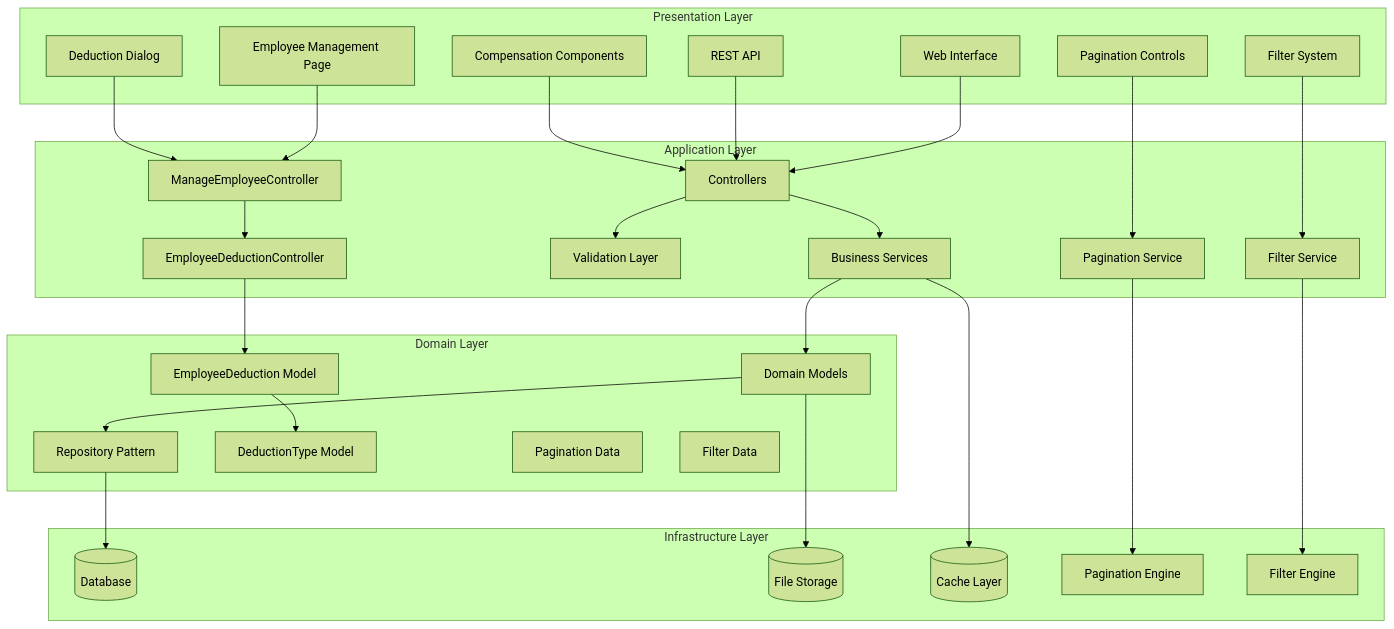
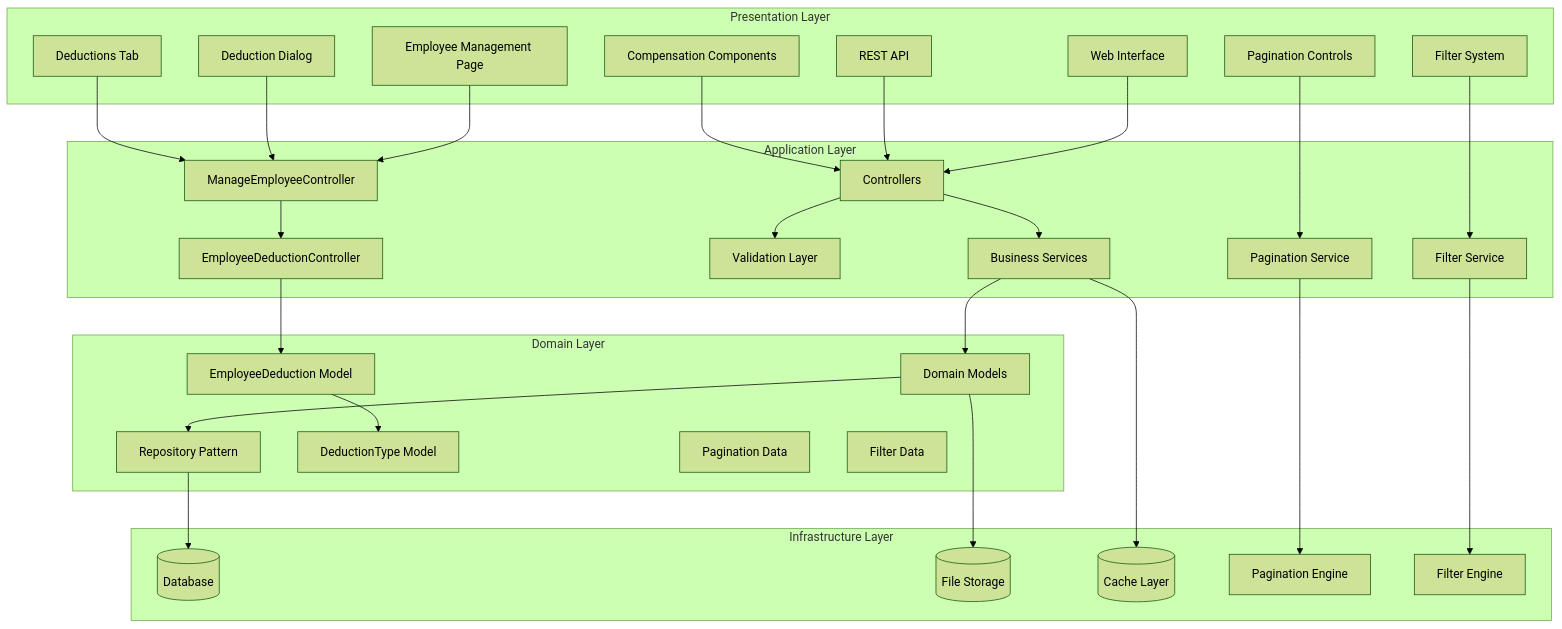
Before and after one commit to vincet0t15/template: the second of 17 diagrams in .qoder/repowiki/en/content/Employee Management/Employee Compensation Management.md, drawn with Mermaid (forest theme). The commit also changed other lines of this file and 12 other files, not shown here.

````diff
--- a/.qoder/repowiki/en/content/Employee Management/Employee Compensation Management.md
+++ b/.qoder/repowiki/en/content/Employee Management/Employee Compensation Management.md
@@ -150,55 +151,57 @@
 ```mermaid
 graph TD
 subgraph "Presentation Layer"
 WebUI[Web Interface]
 API[REST API]
 EmployeeManage[Employee Management Page]
 Compensation[Compensation Components]
 DeductionDialog[Deduction Dialog]
 Pagination[Pagination Controls]
 Filters[Filter System]
+DeductionsTab[Deductions Tab]
 end
 subgraph "Application Layer"
 Controllers[Controllers]
 Services[Business Services]
 Validators[Validation Layer]
 ManageController[ManageEmployeeController]
 DeductionController[EmployeeDeductionController]
 PaginationService[Pagination Service]
 FilterService[Filter Service]
 end
 subgraph "Domain Layer"
 Models[Domain Models]
 Repositories[Repository Pattern]
 EmployeeDeduction[EmployeeDeduction Model]
 DeductionType[DeductionType Model]
 PaginationData[Pagination Data]
 FilterData[Filter Data]
 end
 subgraph "Infrastructure Layer"
 Database[(Database)]
 Storage[(File Storage)]
 Cache[(Cache Layer)]
 PaginationEngine[Pagination Engine]
 FilterEngine[Filter Engine]
 end
 WebUI --> Controllers
 API --> Controllers
 EmployeeManage --> ManageController
 Compensation --> Controllers
 DeductionDialog --> ManageController
 Pagination --> PaginationService
 Filters --> FilterService
+DeductionsTab --> ManageController
 ManageController --> DeductionController
 DeductionController --> EmployeeDeduction
 EmployeeDeduction --> DeductionType
 Controllers --> Services
 Services --> Models
 Models --> Repositories
 Repositories --> Database
 Models --> Storage
 Services --> Cache
 Controllers --> Validators
 PaginationService --> PaginationEngine
 FilterService --> FilterEngine
 ```
````
